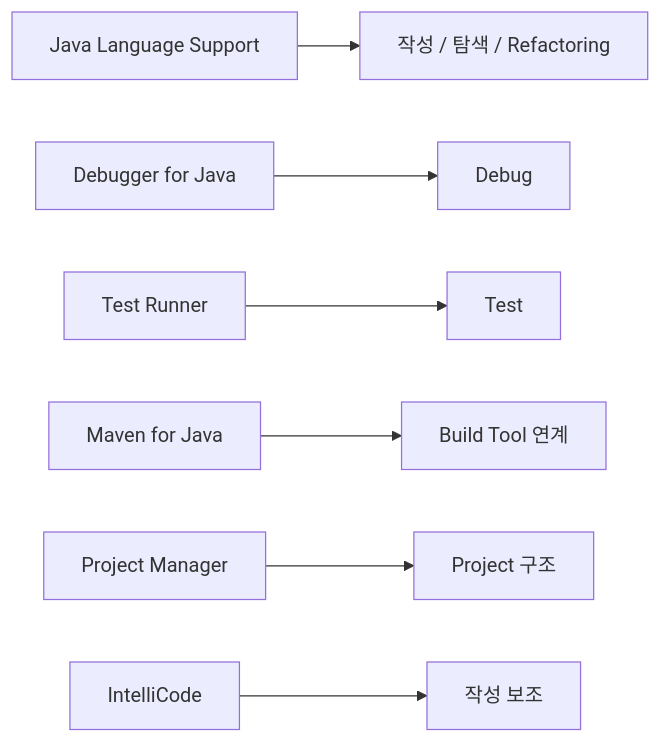
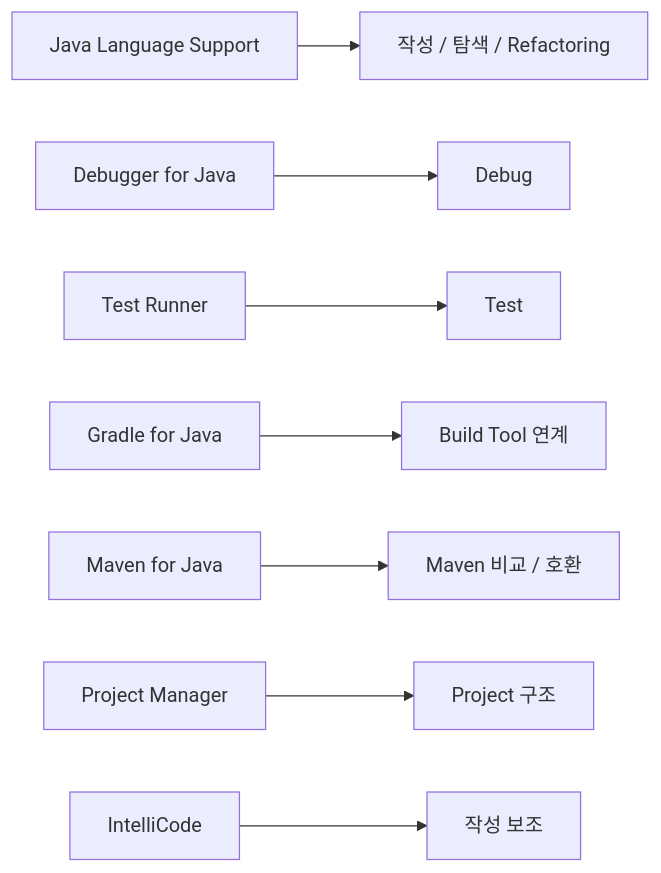
Before and after one commit to Team-Microserver/microserver-docs: the second of 2 diagrams in docs/01_project_start/02_environment/vscode/java_extension_setup.md, drawn with Mermaid. The commit also changed other lines of this file and 30 other files, not shown here.

````diff
--- a/docs/01_project_start/02_environment/vscode/java_extension_setup.md
+++ b/docs/01_project_start/02_environment/vscode/java_extension_setup.md
@@ -306,9 +332,10 @@
 ```mermaid
 flowchart LR
     LANG[Java Language Support] --> EDIT[작성 / 탐색 / Refactoring]
     DEBUG[Debugger for Java] --> RUN[Debug]
     TEST[Test Runner] --> T[Test]
-    MAVEN[Maven for Java] --> BUILD[Build Tool 연계]
+    GRADLE[Gradle for Java] --> BUILD[Build Tool 연계]
+    MAVEN[Maven for Java] --> COMPARE[Maven 비교 / 호환]
     PM[Project Manager] --> STRUCT[Project 구조]
     INT[IntelliCode] --> ASSIST[작성 보조]
 ```
````
